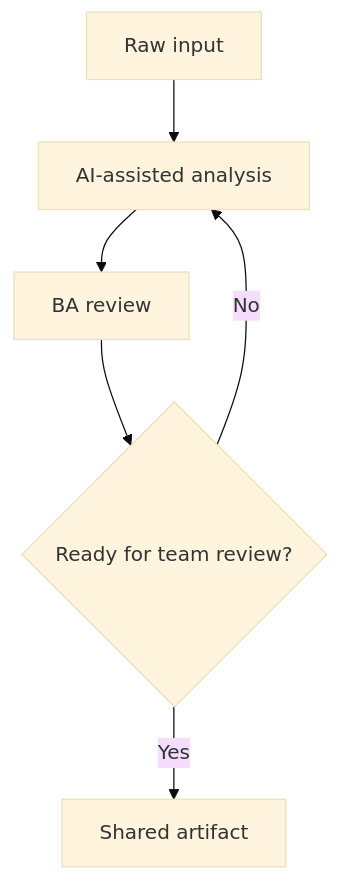
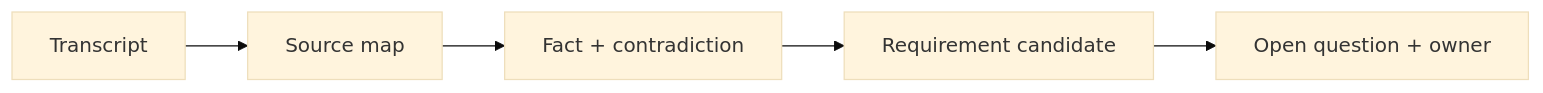
The diagram in docs/vi/labs/meeting-transcript-to-requirements/index.md (anhtnt90dev/ai-for-ba), drawn with Mermaid (base theme) before and after one commit. The commit also changed other lines of this file and 64 other files, not shown here.

````diff
--- a/docs/vi/labs/meeting-transcript-to-requirements/index.md
+++ b/docs/vi/labs/meeting-transcript-to-requirements/index.md
@@ -18,8 +20,7 @@
 ```mermaid
-flowchart TD
-    A["Raw input"] --> B["AI-assisted analysis"]
-    B --> C["BA review"]
-    C --> D{"Ready for team review?"}
-    D -->|"No"| B
-    D -->|"Yes"| E["Shared artifact"]
+flowchart LR
+    A["Transcript"] --> B["Source map"]
+    B --> C["Fact + contradiction"]
+    C --> D["Requirement candidate"]
+    D --> E["Open question + owner"]
 ```
````
